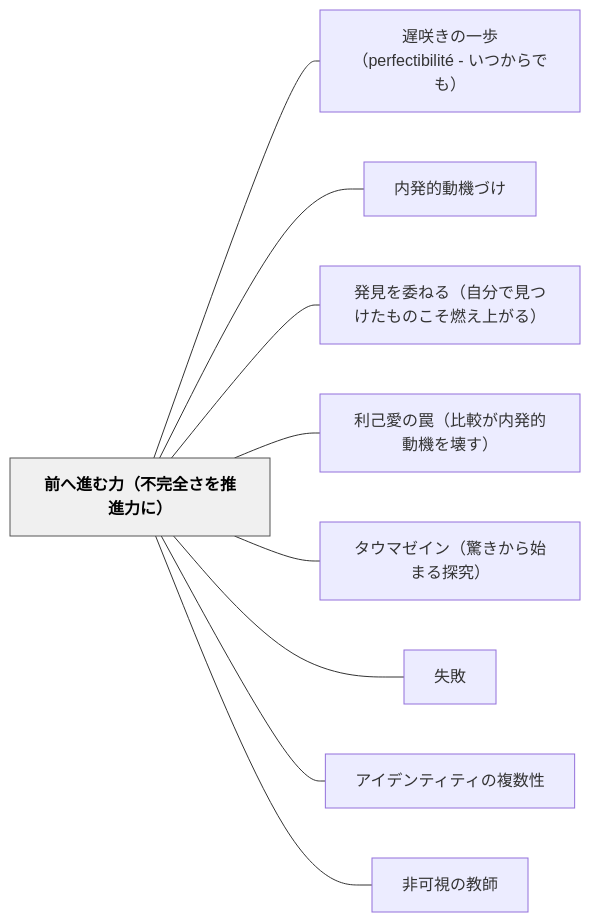
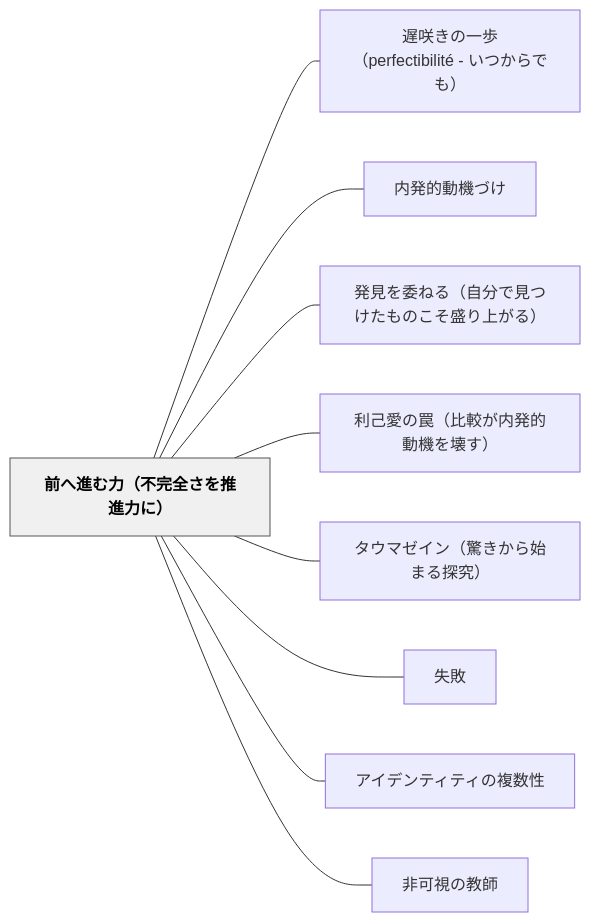
Before and after one commit to unknownthings-ed-patterns/unknownthings-ed-patterns: the diagram in content/パタン/前へ進む力（不完全さを推進力に）.md, drawn with Mermaid. The commit also changed other lines of this file and 36 other files, not shown here.

````diff
--- a/content/パタン/前へ進む力（不完全さを推進力に）.md
+++ b/content/パタン/前へ進む力（不完全さを推進力に）.md
@@ -150,24 +150,24 @@
 ```mermaid
 flowchart LR
     ne5898de381b8e980b2e38280e58a9befbc88e4b88de5ae8ce585a8e38195e38292e68ea8e980b2e58a9be381abefbc89["前へ進む力（不完全さを推進力に）"]
     ne98185e592b2e3818de381aee4b880e6ada9efbc88706572666563746962696c6974c3a9202d20e38184e381a4e3818be38289e381a7e38282efbc89["遅咲きの一歩（perfectibilité - いつからでも）"]
     ne58685e799bae79a84e58b95e6a99fe381a5e38191["内発的動機づけ"]
-    ne799bae8a68be38292e5a794e381ade3828befbc88e887aae58886e381a7e8a68be381a4e38191e3819fe38282e381aee38193e3819de78783e38188e4b88ae3818ce3828befbc89["発見を委ねる（自分で見つけたものこそ燃え上がる）"]
+    ne799bae8a68be38292e5a794e381ade3828befbc88e887aae58886e381a7e8a68be381a4e38191e3819fe38282e381aee38193e3819de79b9be3828ae4b88ae3818ce3828befbc89["発見を委ねる（自分で見つけたものこそ盛り上がる）"]
     ne588a9e5b7b1e6849be381aee7bda0efbc88e6af94e8bc83e3818ce58685e799bae79a84e58b95e6a99fe38292e5a38ae38199efbc89["利己愛の罠（比較が内発的動機を壊す）"]
     ne382bfe382a6e3839ee382bce382a4e383b3efbc88e9a99ae3818de3818be38289e5a78be381bee3828be68ea2e7a9b6efbc89["タウマゼイン（驚きから始まる探究）"]
     ne5a4b1e69597["失敗"]
     ne382a2e382a4e38387e383b3e38386e382a3e38386e382a3e381aee8a487e695b0e680a7["アイデンティティの複数性"]
     ne99d9ee58fafe8a696e381aee69599e5b8ab["非可視の教師"]
 
     ne5898de381b8e980b2e38280e58a9befbc88e4b88de5ae8ce585a8e38195e38292e68ea8e980b2e58a9be381abefbc89 --- ne98185e592b2e3818de381aee4b880e6ada9efbc88706572666563746962696c6974c3a9202d20e38184e381a4e3818be38289e381a7e38282efbc89
     ne5898de381b8e980b2e38280e58a9befbc88e4b88de5ae8ce585a8e38195e38292e68ea8e980b2e58a9be381abefbc89 --- ne58685e799bae79a84e58b95e6a99fe381a5e38191
-    ne5898de381b8e980b2e38280e58a9befbc88e4b88de5ae8ce585a8e38195e38292e68ea8e980b2e58a9be381abefbc89 --- ne799bae8a68be38292e5a794e381ade3828befbc88e887aae58886e381a7e8a68be381a4e38191e3819fe38282e381aee38193e3819de78783e38188e4b88ae3818ce3828befbc89
+    ne5898de381b8e980b2e38280e58a9befbc88e4b88de5ae8ce585a8e38195e38292e68ea8e980b2e58a9be381abefbc89 --- ne799bae8a68be38292e5a794e381ade3828befbc88e887aae58886e381a7e8a68be381a4e38191e3819fe38282e381aee38193e3819de79b9be3828ae4b88ae3818ce3828befbc89
     ne5898de381b8e980b2e38280e58a9befbc88e4b88de5ae8ce585a8e38195e38292e68ea8e980b2e58a9be381abefbc89 --- ne588a9e5b7b1e6849be381aee7bda0efbc88e6af94e8bc83e3818ce58685e799bae79a84e58b95e6a99fe38292e5a38ae38199efbc89
     ne5898de381b8e980b2e38280e58a9befbc88e4b88de5ae8ce585a8e38195e38292e68ea8e980b2e58a9be381abefbc89 --- ne382bfe382a6e3839ee382bce382a4e383b3efbc88e9a99ae3818de3818be38289e5a78be381bee3828be68ea2e7a9b6efbc89
     ne5898de381b8e980b2e38280e58a9befbc88e4b88de5ae8ce585a8e38195e38292e68ea8e980b2e58a9be381abefbc89 --- ne5a4b1e69597
     ne5898de381b8e980b2e38280e58a9befbc88e4b88de5ae8ce585a8e38195e38292e68ea8e980b2e58a9be381abefbc89 --- ne382a2e382a4e38387e383b3e38386e382a3e38386e382a3e381aee8a487e695b0e680a7
     ne5898de381b8e980b2e38280e58a9befbc88e4b88de5ae8ce585a8e38195e38292e68ea8e980b2e58a9be381abefbc89 --- ne99d9ee58fafe8a696e381aee69599e5b8ab
 
     classDef hub fill:#f0f0f0,stroke:#555,color:#000,font-weight:bold
     class ne5898de381b8e980b2e38280e58a9befbc88e4b88de5ae8ce585a8e38195e38292e68ea8e980b2e58a9be381abefbc89 hub
 ```
````
